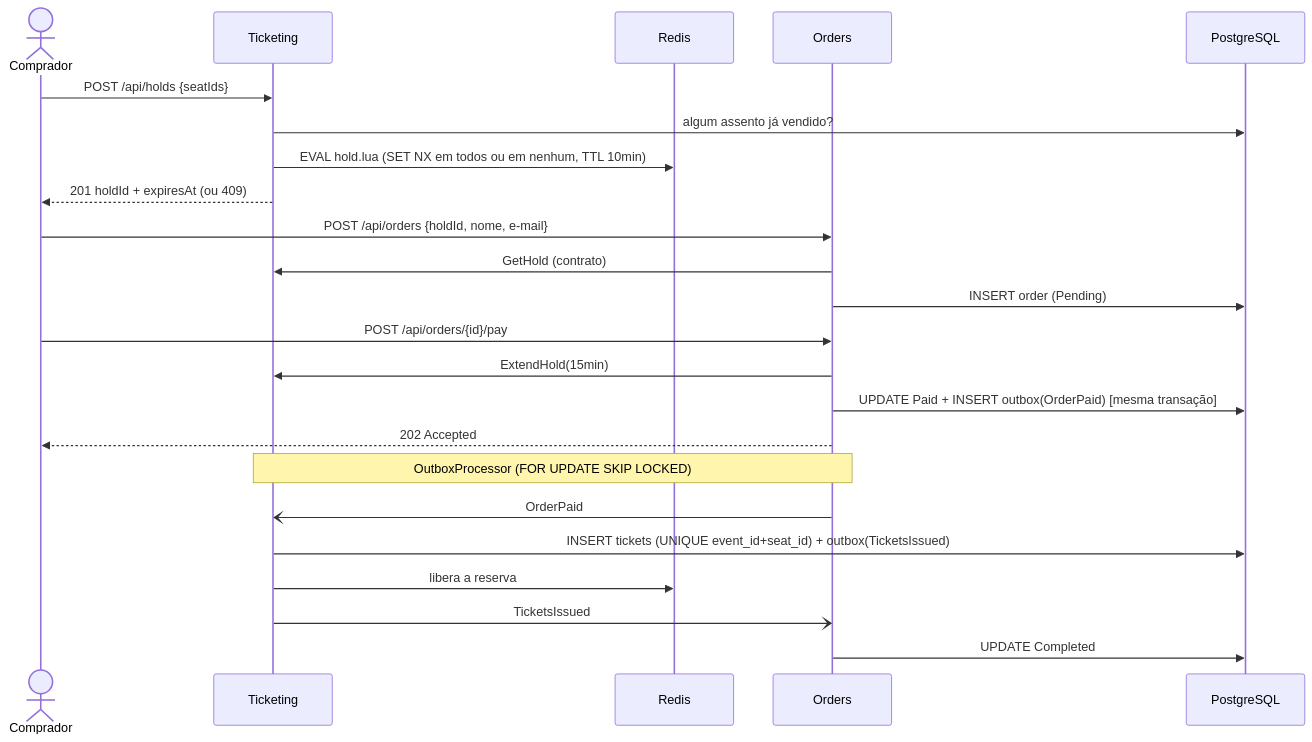
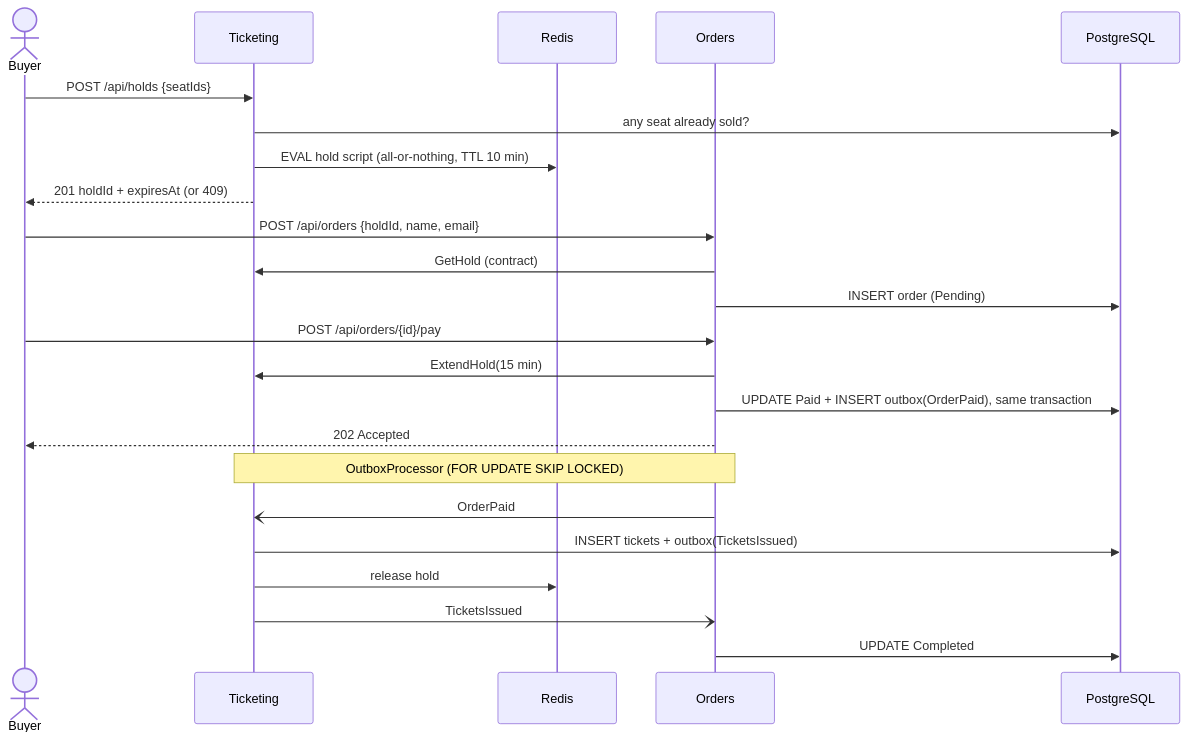
The second of 2 diagrams in README.md (lucasGomes01/TicketRush), drawn with Mermaid before and after one commit. The commit also changed other lines of this file and 14 other files, not shown here.

````diff
--- a/README.md
+++ b/README.md
@@ -77,29 +75,29 @@
 ```mermaid
 sequenceDiagram
-    actor U as Comprador
+    actor U as Buyer
     participant T as Ticketing
     participant R as Redis
     participant O as Orders
     participant DB as PostgreSQL
 
     U->>T: POST /api/holds {seatIds}
-    T->>DB: algum assento já vendido?
-    T->>R: EVAL hold.lua (SET NX em todos ou em nenhum, TTL 10min)
-    T-->>U: 201 holdId + expiresAt (ou 409)
+    T->>DB: any seat already sold?
+    T->>R: EVAL hold script (all-or-nothing, TTL 10 min)
+    T-->>U: 201 holdId + expiresAt (or 409)
 
-    U->>O: POST /api/orders {holdId, nome, e-mail}
-    O->>T: GetHold (contrato)
+    U->>O: POST /api/orders {holdId, name, email}
+    O->>T: GetHold (contract)
     O->>DB: INSERT order (Pending)
 
     U->>O: POST /api/orders/{id}/pay
-    O->>T: ExtendHold(15min)
-    O->>DB: UPDATE Paid + INSERT outbox(OrderPaid)  [mesma transação]
+    O->>T: ExtendHold(15 min)
+    O->>DB: UPDATE Paid + INSERT outbox(OrderPaid), same transaction
     O-->>U: 202 Accepted
 
     Note over O,T: OutboxProcessor (FOR UPDATE SKIP LOCKED)
     O-)T: OrderPaid
-    T->>DB: INSERT tickets (UNIQUE event_id+seat_id) + outbox(TicketsIssued)
-    T->>R: libera a reserva
+    T->>DB: INSERT tickets + outbox(TicketsIssued)
+    T->>R: release hold
     T-)O: TicketsIssued
     O->>DB: UPDATE Completed
 ```
````
